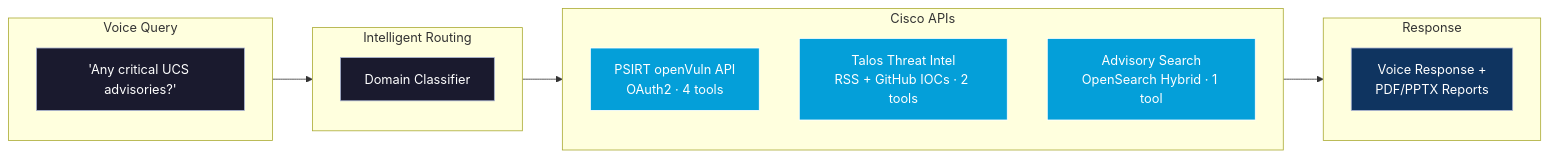
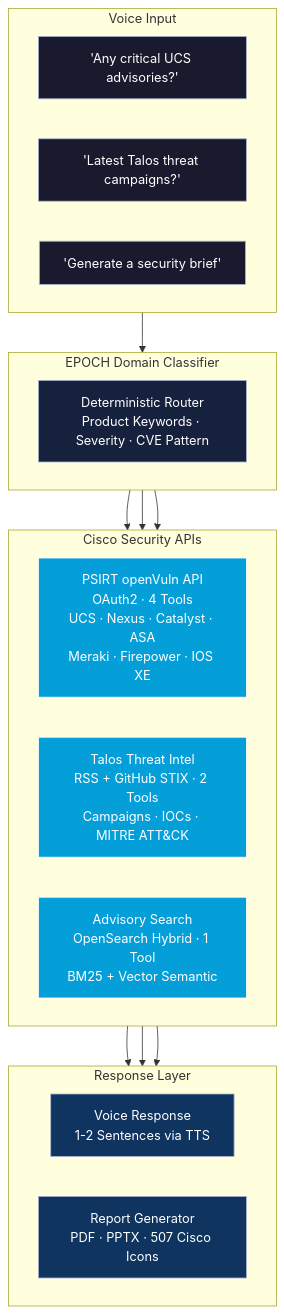
One commit to bfgarcia/bfgarcia changed the second of 2 diagrams in README.md. Above: the diagram before and after it, drawn with Mermaid.

Commit message:
Expand Cisco SE Intelligence diagram to full-size TB layout

````diff
--- a/README.md
+++ b/README.md
@@ -95,33 +95,45 @@
 ```mermaid
-graph LR
-    subgraph INPUT["Voice Query"]
-        Q["'Any critical UCS advisories?'"]
+graph TB
+    subgraph INPUT["Voice Input"]
+        direction LR
+        Q1["'Any critical UCS advisories?'"]
+        Q2["'Latest Talos threat campaigns?'"]
+        Q3["'Generate a security brief'"]
     end
 
-    subgraph ROUTING["Intelligent Routing"]
-        R["Domain Classifier"]
+    subgraph ROUTING["EPOCH Domain Classifier"]
+        direction LR
+        R["Deterministic Router<br/>Product Keywords · Severity · CVE Pattern"]
     end
 
-    subgraph CISCO["Cisco APIs"]
-        direction TB
-        PSIRT["PSIRT openVuln API<br/>OAuth2 · 4 tools"]
-        TALOS["Talos Threat Intel<br/>RSS + GitHub IOCs · 2 tools"]
-        SEARCH["Advisory Search<br/>OpenSearch Hybrid · 1 tool"]
+    subgraph CISCO["Cisco Security APIs"]
+        direction LR
+        PSIRT["PSIRT openVuln API<br/>OAuth2 · 4 Tools<br/>UCS · Nexus · Catalyst · ASA<br/>Meraki · Firepower · IOS XE"]
+        TALOS["Talos Threat Intel<br/>RSS + GitHub STIX · 2 Tools<br/>Campaigns · IOCs · MITRE ATT&CK"]
+        SEARCH["Advisory Search<br/>OpenSearch Hybrid · 1 Tool<br/>BM25 + Vector Semantic"]
     end
 
-    subgraph OUTPUT["Response"]
-        RPT["Voice Response +<br/>PDF/PPTX Reports"]
+    subgraph OUTPUT["Response Layer"]
+        direction LR
+        VOICE["Voice Response<br/>1-2 Sentences via TTS"]
+        REPORT["Report Generator<br/>PDF · PPTX · 507 Cisco Icons"]
     end
 
     INPUT --> ROUTING
-    ROUTING --> CISCO
-    CISCO --> OUTPUT
+    ROUTING --> PSIRT
+    ROUTING --> TALOS
+    ROUTING --> SEARCH
+    PSIRT --> OUTPUT
+    TALOS --> OUTPUT
+    SEARCH --> OUTPUT
 
     classDef cisco fill:#049fd9,stroke:#fff,color:#fff
     classDef input fill:#1a1a2e,stroke:#a8b2d1,color:#fff
+    classDef routing fill:#16213e,stroke:#a8b2d1,color:#fff
     classDef output fill:#0f3460,stroke:#a8b2d1,color:#fff
 
     class PSIRT,TALOS,SEARCH cisco
-    class Q,R input
-    class RPT output
+    class Q1,Q2,Q3 input
+    class R routing
+    class VOICE,REPORT output
 ```
````
